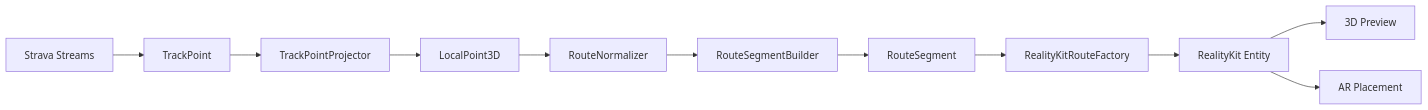
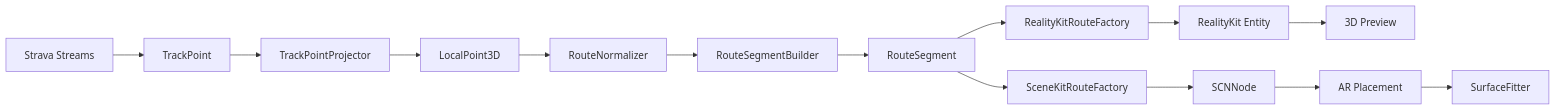
One commit to aydgnme/RunScapeAR changed the second of 2 diagrams in README.md. Above: the diagram before and after it, drawn with Mermaid. The commit also changed other lines of this file and 11 other files, not shown here.

First line of the commit message:
feat(ar): implement stable SceneKit tabletop AR experience

````diff
--- a/README.md
+++ b/README.md
@@ -194,13 +207,16 @@
 ```mermaid
 flowchart LR
     A[Strava Streams] --> B[TrackPoint]
     B --> C[TrackPointProjector]
     C --> D[LocalPoint3D]
     D --> E[RouteNormalizer]
     E --> F[RouteSegmentBuilder]
     F --> G[RouteSegment]
     G --> H[RealityKitRouteFactory]
+    G --> S[SceneKitRouteFactory]
     H --> I[RealityKit Entity]
+    S --> N[SCNNode]
     I --> J[3D Preview]
-    I --> K[AR Placement]
+    N --> K[AR Placement]
+    K --> SF[SurfaceFitter]
 ```
````
